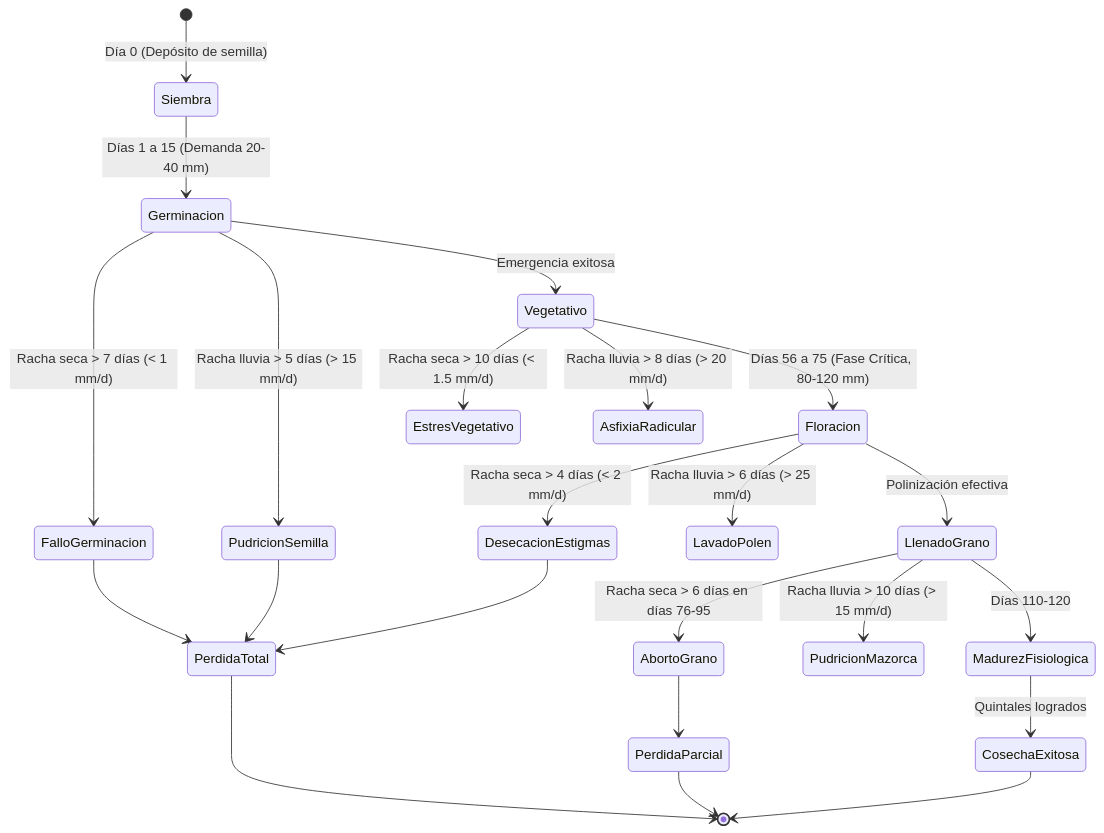
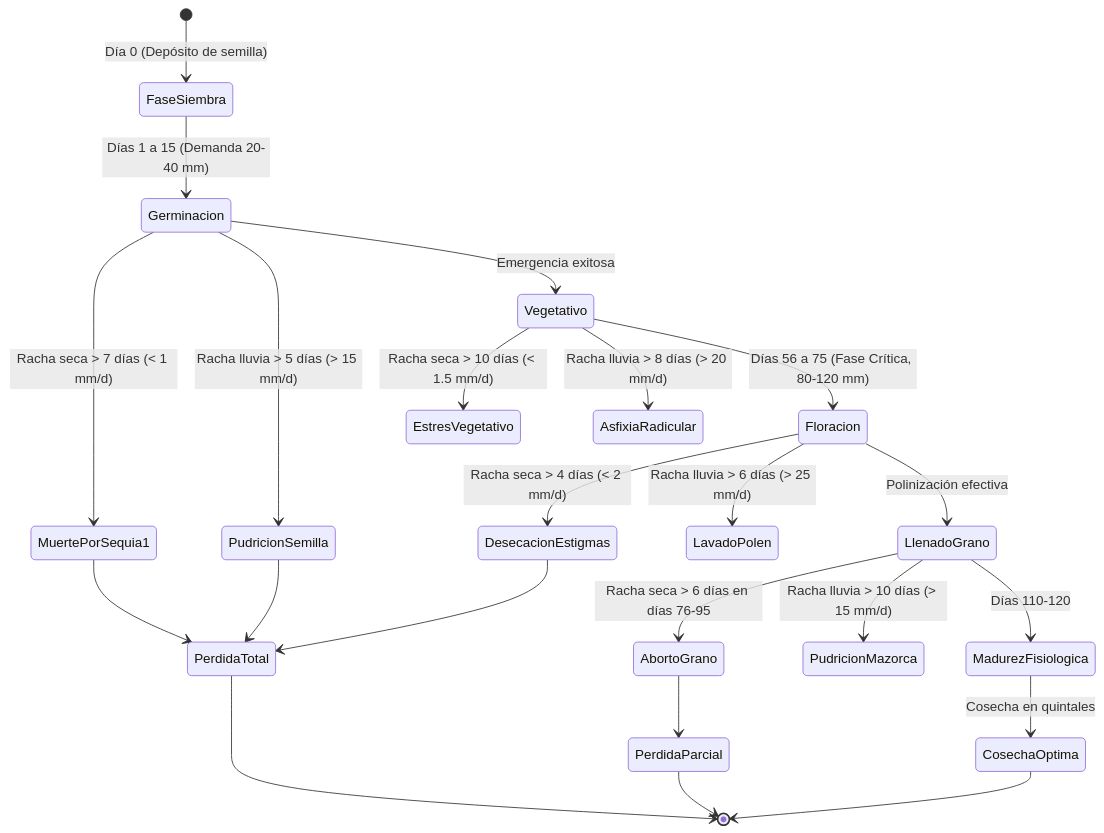
The sixth of 8 diagrams in ARQUITECTURA_Y_DISENO_SISTEMA.md (GimenaMP/analizador), drawn with Mermaid before and after one commit. The commit also changed other lines of this file, not shown here.

````diff
--- a/ARQUITECTURA_Y_DISENO_SISTEMA.md
+++ b/ARQUITECTURA_Y_DISENO_SISTEMA.md
@@ -402,31 +474,31 @@
 ```mermaid
 stateDiagram-v2
-    [*] --> Siembra: Día 0 (Depósito de semilla)
+    [*] --> FaseSiembra: Día 0 (Depósito de semilla)
     
-    Siembra --> Germinacion: Días 1 a 15 (Demanda 20-40 mm)
-    Germinacion --> FalloGerminacion: Racha seca > 7 días (< 1 mm/d)
+    FaseSiembra --> Germinacion: Días 1 a 15 (Demanda 20-40 mm)
+    Germinacion --> MuertePorSequia1: Racha seca > 7 días (< 1 mm/d)
     Germinacion --> PudricionSemilla: Racha lluvia > 5 días (> 15 mm/d)
     Germinacion --> Vegetativo: Emergencia exitosa
 
     Vegetativo --> EstresVegetativo: Racha seca > 10 días (< 1.5 mm/d)
     Vegetativo --> AsfixiaRadicular: Racha lluvia > 8 días (> 20 mm/d)
     Vegetativo --> Floracion: Días 56 a 75 (Fase Crítica, 80-120 mm)
 
     Floracion --> DesecacionEstigmas: Racha seca > 4 días (< 2 mm/d)
     Floracion --> LavadoPolen: Racha lluvia > 6 días (> 25 mm/d)
     Floracion --> LlenadoGrano: Polinización efectiva
 
     LlenadoGrano --> AbortoGrano: Racha seca > 6 días en días 76-95
     LlenadoGrano --> PudricionMazorca: Racha lluvia > 10 días (> 15 mm/d)
     LlenadoGrano --> MadurezFisiologica: Días 110-120
 
-    MadurezFisiologica --> CosechaExitosa: Quintales logrados
-    FalloGerminacion --> PerdidaTotal
+    MadurezFisiologica --> CosechaOptima: Cosecha en quintales
+    MuertePorSequia1 --> PerdidaTotal
     PudricionSemilla --> PerdidaTotal
     DesecacionEstigmas --> PerdidaTotal
     AbortoGrano --> PerdidaParcial
 
-    CosechaExitosa --> [*]
+    CosechaOptima --> [*]
     PerdidaTotal --> [*]
     PerdidaParcial --> [*]
 ```
````
